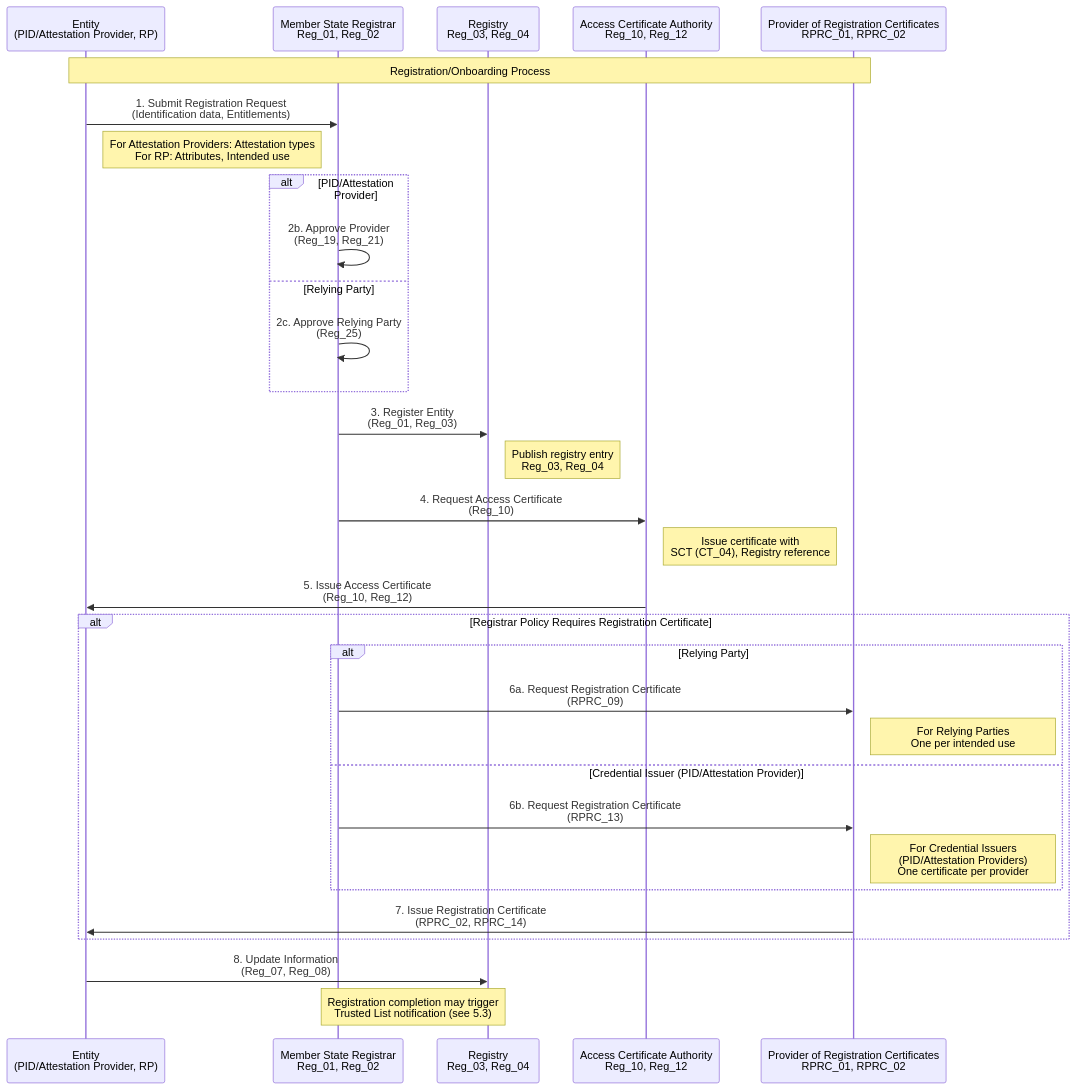
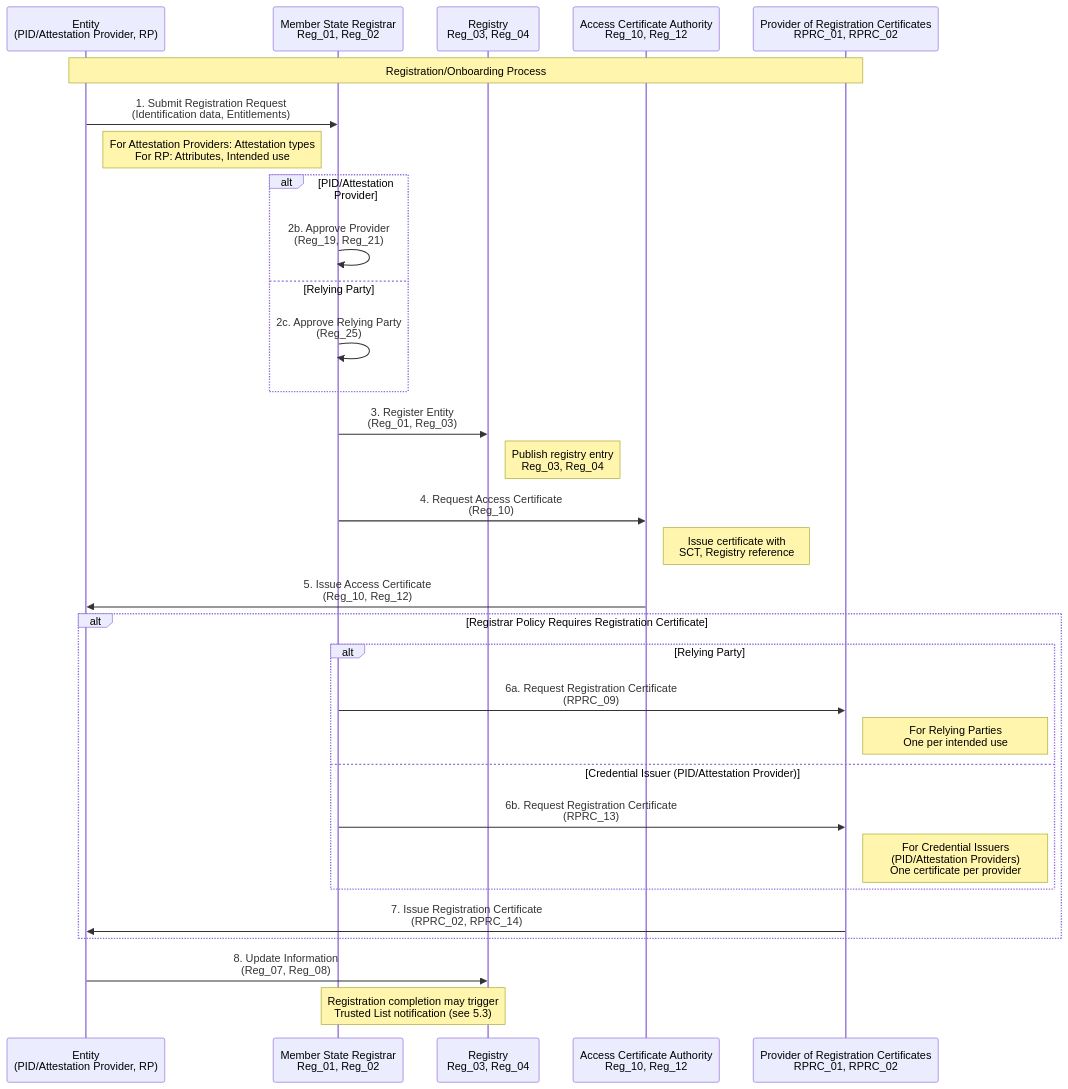
The second of 7 diagrams in task2-trust-framework/trust-infrastructure-schema.md (webuild-consortium/wp4-trust-group), drawn with Mermaid before and after one commit. The commit also changed other lines of this file, not shown here.

Commit message:
fix: trust infra schema QEAA Providers are published in MS TL

````diff
--- a/task2-trust-framework/trust-infrastructure-schema.md
+++ b/task2-trust-framework/trust-infrastructure-schema.md
@@ -305,43 +303,43 @@
 ```mermaid
 sequenceDiagram
     participant Entity as Entity<br/>(PID/Attestation Provider, RP)
     participant Registrar as Member State Registrar<br/>Reg_01, Reg_02
     participant Registry as Registry<br/>Reg_03, Reg_04
     participant AccessCA as Access Certificate Authority<br/>Reg_10, Reg_12
     participant RegCertProv as Provider of Registration Certificates<br/>RPRC_01, RPRC_02
 
     Note over Entity,RegCertProv: Registration/Onboarding Process
 
     Entity->>Registrar: 1. Submit Registration Request<br/>(Identification data, Entitlements)
     Note right of Entity: For Attestation Providers: Attestation types<br/>For RP: Attributes, Intended use
 
     alt PID/Attestation Provider
         Registrar->>Registrar: 2b. Approve Provider<br/>(Reg_19, Reg_21)
     else Relying Party
         Registrar->>Registrar: 2c. Approve Relying Party<br/>(Reg_25)
     end
 
     Registrar->>Registry: 3. Register Entity<br/>(Reg_01, Reg_03)
     Note right of Registry: Publish registry entry<br/>Reg_03, Reg_04
 
     Registrar->>AccessCA: 4. Request Access Certificate<br/>(Reg_10)
-    Note right of AccessCA: Issue certificate with<br/>SCT (CT_04), Registry reference
+    Note right of AccessCA: Issue certificate with<br/>SCT, Registry reference
 
     AccessCA->>Entity: 5. Issue Access Certificate<br/>(Reg_10, Reg_12)
 
     alt Registrar Policy Requires Registration Certificate
         alt Relying Party
             Registrar->>RegCertProv: 6a. Request Registration Certificate<br/>(RPRC_09)
             Note right of RegCertProv: For Relying Parties<br/>One per intended use
         else Credential Issuer (PID/Attestation Provider)
             Registrar->>RegCertProv: 6b. Request Registration Certificate<br/>(RPRC_13)
             Note right of RegCertProv: For Credential Issuers<br/>(PID/Attestation Providers)<br/>One certificate per provider
         end
 
         RegCertProv->>Entity: 7. Issue Registration Certificate<br/>(RPRC_02, RPRC_14)
     end
 
     Entity->>Registry: 8. Update Information<br/>(Reg_07, Reg_08)
     
     Note over Registrar,Registry: Registration completion may trigger<br/>Trusted List notification (see 5.3)
 ```
````
